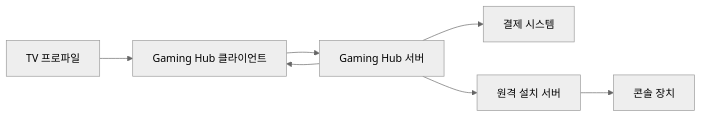
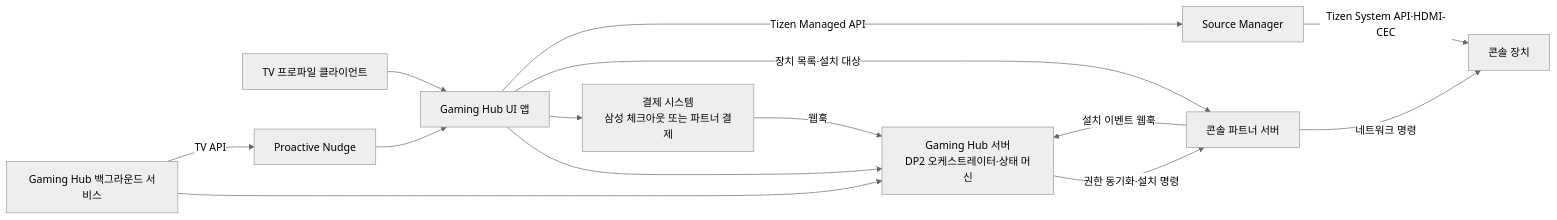
One commit to seock04/gaming-hub-console-content changed the fourth of 5 diagrams in docs/decision-point-2-architecture.md. Above: the diagram before and after it, drawn with Mermaid (neutral theme). The commit also changed other lines of this file, not shown here.

Commit message:
docs: add DP2 architecture alternatives

````diff
--- a/docs/decision-point-2-architecture.md
+++ b/docs/decision-point-2-architecture.md
@@ -545,9 +547,16 @@
 ```mermaid
 flowchart LR
-    Profile[TV 프로파일] --> Client[Gaming Hub 클라이언트]
-    Client --> Hub[Gaming Hub 서버]
-    Hub --> Payment[결제 시스템]
-    Hub --> Install[원격 설치 서버]
-    Install --> Console[콘솔 장치]
-    Hub --> Client
+    Profile[TV 프로파일 클라이언트] --> UI[Gaming Hub UI 앱]
+    UI --> Hub[Gaming Hub 서버\nDP2 오케스트레이터·상태 머신]
+    BG[Gaming Hub 백그라운드 서비스] --> Hub
+    UI --> Pay[결제 시스템\n삼성 체크아웃 또는 파트너 결제]
+    Pay -->|웹훅| Hub
+    Hub -->|권한 동기화·설치 명령| Partner[콘솔 파트너 서버]
+    Partner -->|설치 이벤트 웹훅| Hub
+    UI -->|장치 목록·설치 대상| Partner
+    UI -->|Tizen Managed API| Source[Source Manager]
+    Source -->|Tizen System API·HDMI-CEC| Console[콘솔 장치]
+    Partner -->|네트워크 명령| Console
+    BG -->|TV API| Nudge[Proactive Nudge]
+    Nudge --> UI
 ```
````
